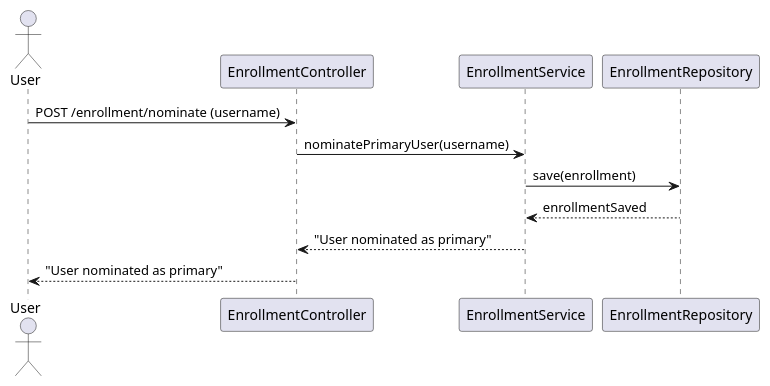
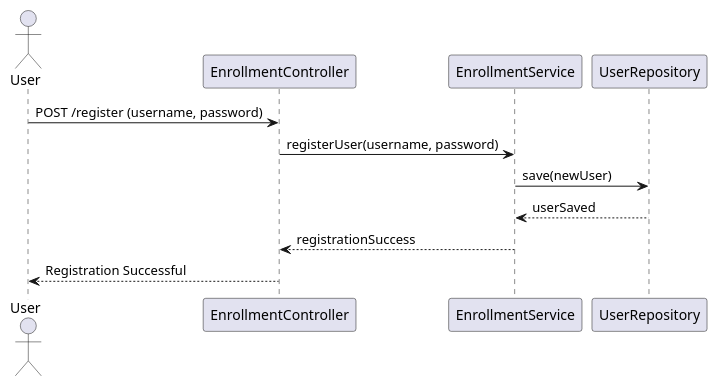
One commit to Dinesh-s95/AutoDoc.ai changed the first of 5 diagrams in enrollment/documentation/detaileddesign.adoc. Above: the diagram before and after it, drawn with PlantUML. The commit also changed other lines of this file and 4 other files, not shown here.

```diff
--- a/enrollment/documentation/detaileddesign.adoc
+++ b/enrollment/documentation/detaileddesign.adoc
@@ -182,16 +189,12 @@
-[plantuml, user-registration-sequence, png]
+[plantuml, user-registration-flow, png]
 ----
 @startuml
 actor User
-participant "EnrollmentController" as Controller
-participant "EnrollmentService" as Service
-participant "EnrollmentRepository" as Repository
-
-User -> Controller : POST /enrollment/nominate (username)
-Controller -> Service : nominatePrimaryUser(username)
-Service -> Repository : save(enrollment)
-Repository --> Service : enrollmentSaved
-Service --> Controller : "User nominated as primary"
-Controller --> User : "User nominated as primary"
+User -> EnrollmentController: POST /register (username, password)
+EnrollmentController -> EnrollmentService: registerUser(username, password)
+EnrollmentService -> UserRepository: save(newUser)
+UserRepository --> EnrollmentService: userSaved
+EnrollmentService --> EnrollmentController: registrationSuccess
+EnrollmentController --> User: Registration Successful
 @enduml
 ----
```
